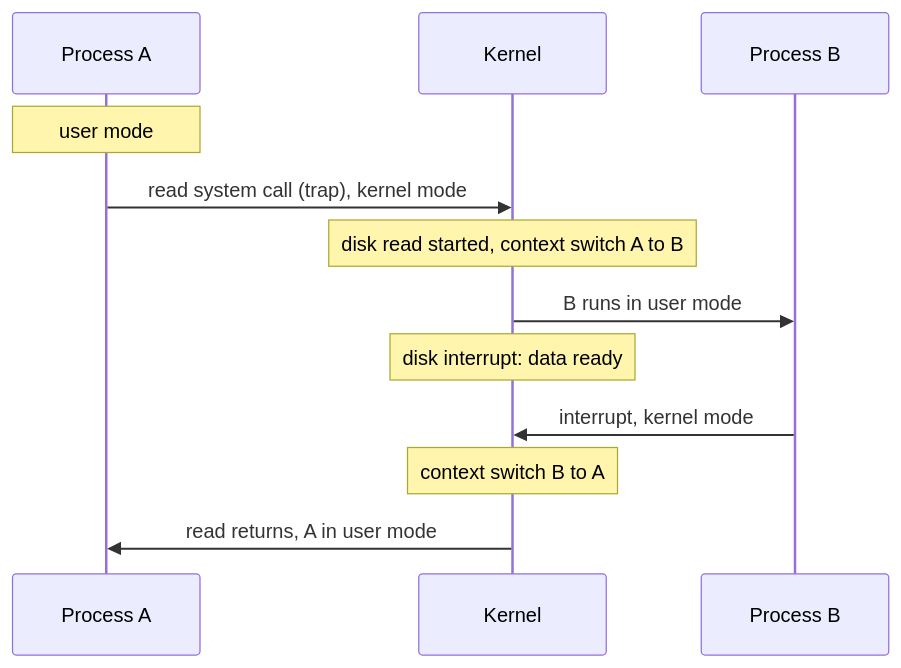
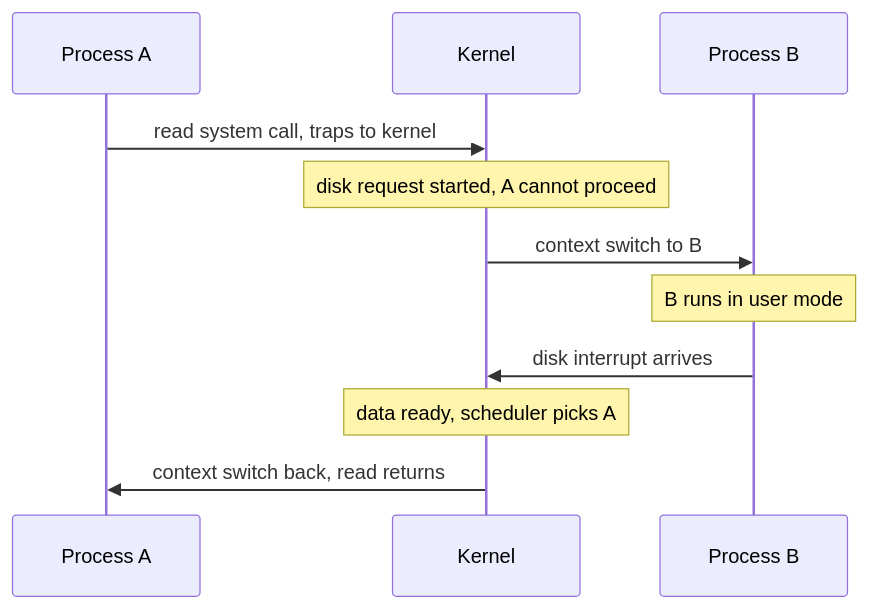
The third of 3 diagrams in src/csapp/lessons/21-exceptions.md (alvinnew100/grand-line-study-guide), drawn with Mermaid before and after one commit. The commit also changed other lines of this file and 47 other files, not shown here.

````diff
--- a/src/csapp/lessons/21-exceptions.md
+++ b/src/csapp/lessons/21-exceptions.md
@@ -199,14 +248,13 @@
 ```mermaid
 sequenceDiagram
-  participant A as Process A
-  participant K as Kernel
-  participant B as Process B
-  Note over A: user mode
-  A->>K: read system call (trap), kernel mode
-  Note over K: disk read started, context switch A to B
-  K->>B: B runs in user mode
-  Note over K: disk interrupt: data ready
-  B->>K: interrupt, kernel mode
-  Note over K: context switch B to A
-  K->>A: read returns, A in user mode
+    participant A as Process A
+    participant K as Kernel
+    participant B as Process B
+    A->>K: read system call, traps to kernel
+    Note over K: disk request started, A cannot proceed
+    K->>B: context switch to B
+    Note over B: B runs in user mode
+    B->>K: disk interrupt arrives
+    Note over K: data ready, scheduler picks A
+    K->>A: context switch back, read returns
 ```
````
